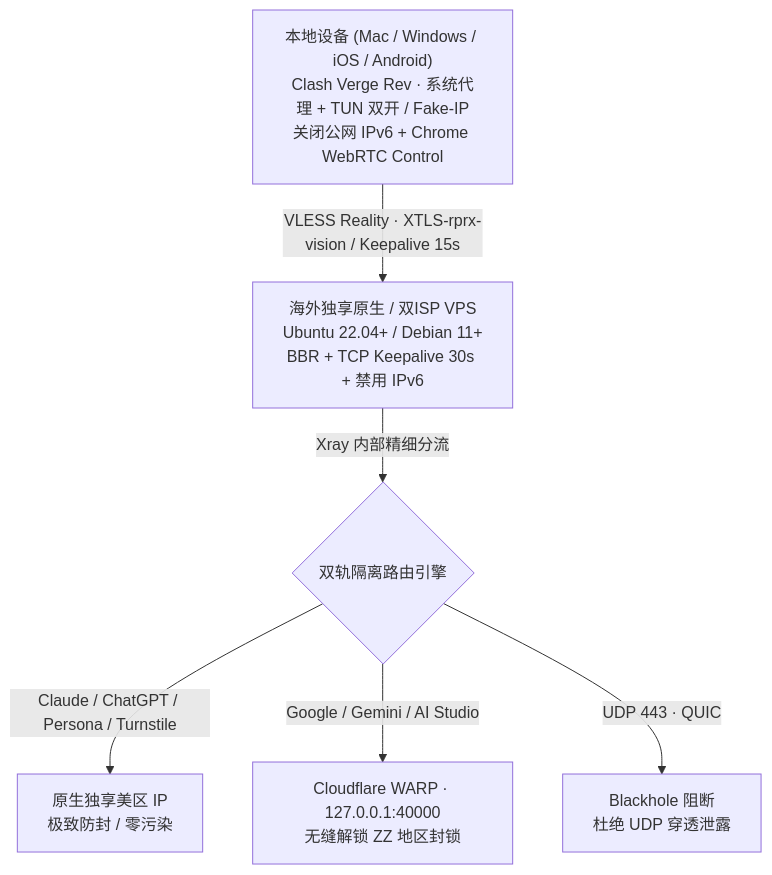
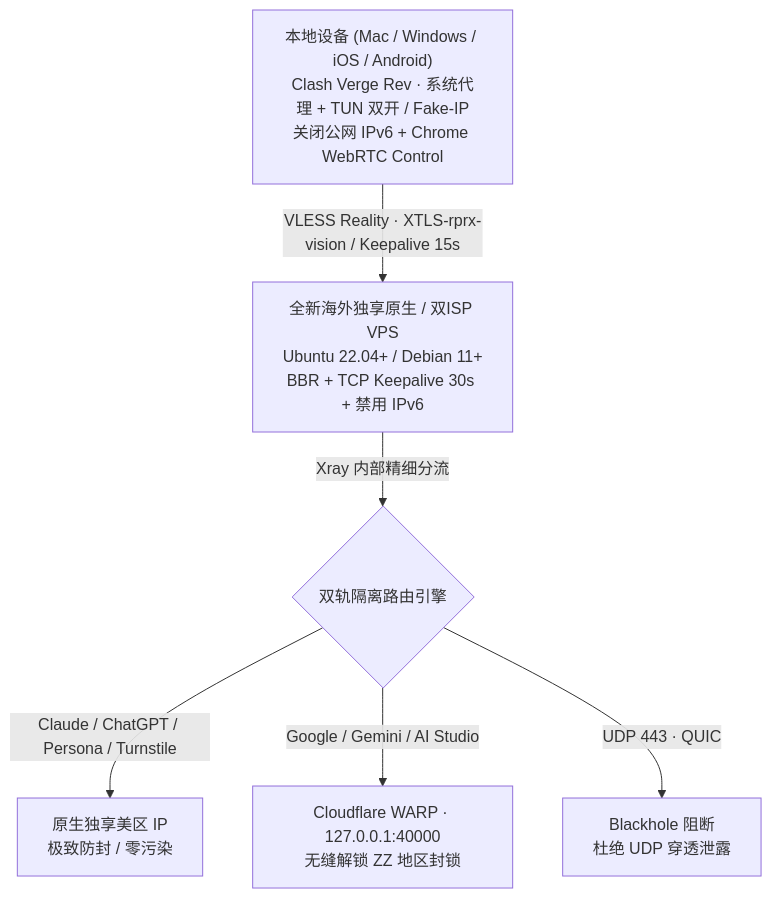
One commit to BigDataScholar/claude-antiban-network changed the diagram in README.md. Above: the diagram before and after it, drawn with Mermaid. The commit also changed other lines of this file and 5 other files, not shown here.

````diff
--- a/README.md
+++ b/README.md
@@ -21,9 +23,9 @@
 ```mermaid
 flowchart TD
-    Client["本地设备 (Mac / Windows / iOS / Android)<br/>Clash Verge Rev · 系统代理 + TUN 双开 / Fake-IP<br/>关闭公网 IPv6 + Chrome WebRTC Control"] -->|"VLESS Reality · XTLS-rprx-vision / Keepalive 15s"| VPS["海外独享原生 / 双ISP VPS<br/>Ubuntu 22.04+ / Debian 11+<br/>BBR + TCP Keepalive 30s + 禁用 IPv6"]
+    Client["本地设备 (Mac / Windows / iOS / Android)<br/>Clash Verge Rev · 系统代理 + TUN 双开 / Fake-IP<br/>关闭公网 IPv6 + Chrome WebRTC Control"] -->|"VLESS Reality · XTLS-rprx-vision / Keepalive 15s"| VPS["全新海外独享原生 / 双ISP VPS<br/>Ubuntu 22.04+ / Debian 11+<br/>BBR + TCP Keepalive 30s + 禁用 IPv6"]
 
     VPS -->|"Xray 内部精细分流"| Router{"双轨隔离路由引擎"}
     Router -->|"Claude / ChatGPT / Persona / Turnstile"| Direct["原生独享美区 IP<br/>极致防封 / 零污染"]
     Router -->|"Google / Gemini / AI Studio"| WARP["Cloudflare WARP · 127.0.0.1:40000<br/>无缝解锁 ZZ 地区封锁"]
     Router -->|"UDP 443 · QUIC"| Block["Blackhole 阻断<br/>杜绝 UDP 穿透泄露"]
 ```
````
